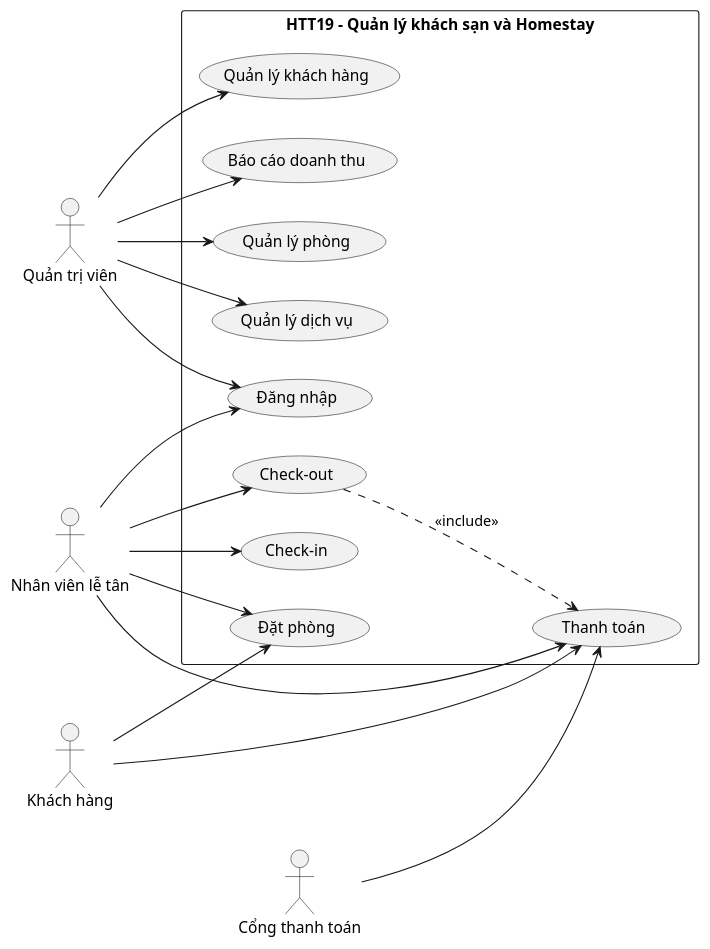
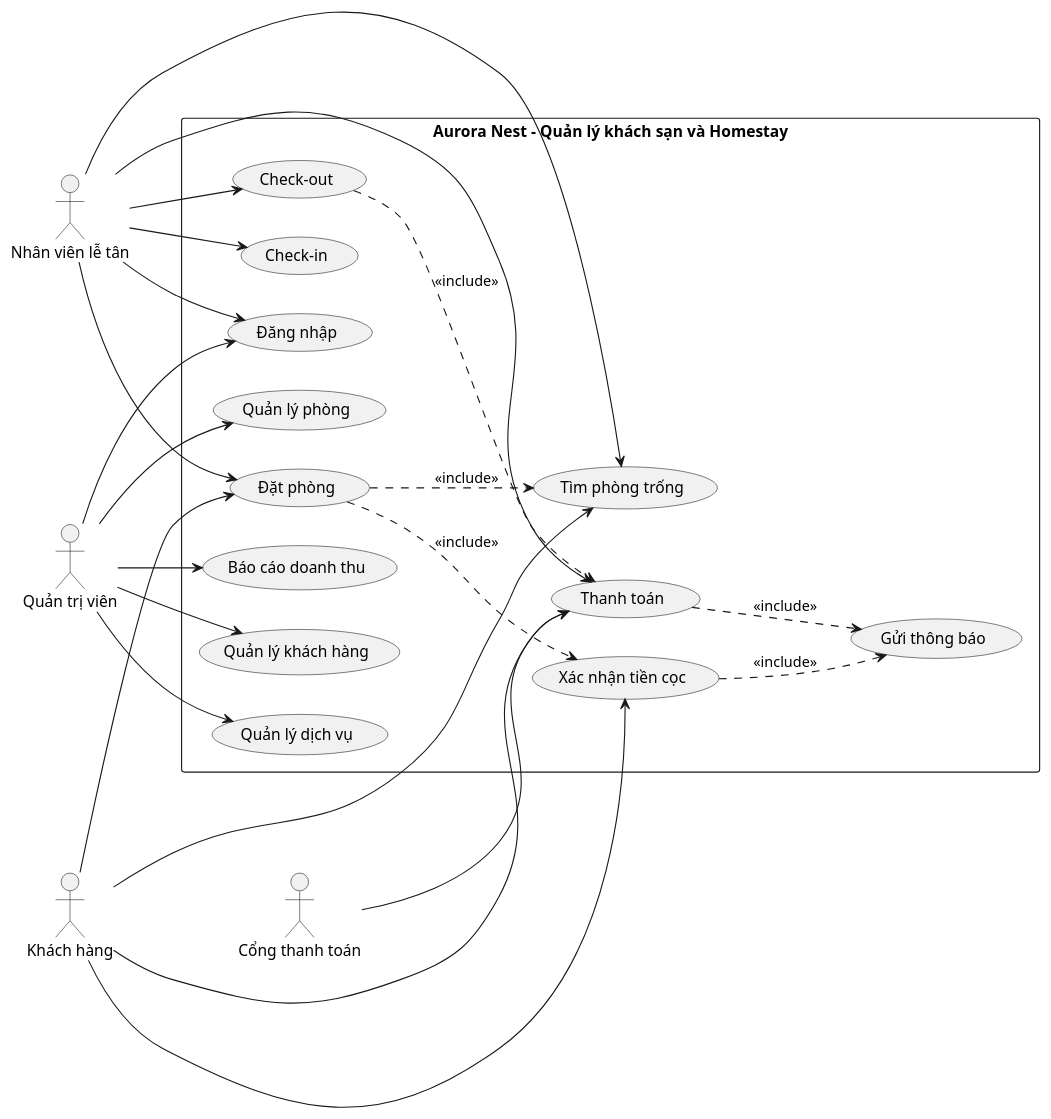
The diagram in aurora-nest/diagrams/use-case.puml (bQuyenCuteeee21/Aurora-Nest), drawn with PlantUML before and after one commit. The commit also changed other lines of this file and 5 other files, not shown here.

Commit message:
Complete Aurora Nest UML diagrams

```diff
--- a/aurora-nest/diagrams/use-case.puml
+++ b/aurora-nest/diagrams/use-case.puml
@@ -1,33 +1,44 @@
 @startuml
 left to right direction
 skinparam packageStyle rectangle
+skinparam shadowing false
 actor "Quản trị viên" as Admin
 actor "Nhân viên lễ tân" as Receptionist
 actor "Khách hàng" as Customer
 actor "Cổng thanh toán" as Gateway
-rectangle "HTT19 - Quản lý khách sạn và Homestay" {
- usecase "Đăng nhập" as Login
- usecase "Quản lý phòng" as Rooms
- usecase "Quản lý khách hàng" as Guests
- usecase "Đặt phòng" as Booking
- usecase "Check-in" as CheckIn
- usecase "Check-out" as CheckOut
- usecase "Quản lý dịch vụ" as Services
- usecase "Thanh toán" as Payment
- usecase "Báo cáo doanh thu" as Reports
+rectangle "Aurora Nest - Quản lý khách sạn và Homestay" {
+  usecase "Đăng nhập" as Login
+  usecase "Quản lý phòng" as Rooms
+  usecase "Quản lý khách hàng" as Guests
+  usecase "Tìm phòng trống" as Search
+  usecase "Đặt phòng" as Booking
+  usecase "Xác nhận tiền cọc" as Deposit
+  usecase "Check-in" as CheckIn
+  usecase "Check-out" as CheckOut
+  usecase "Quản lý dịch vụ" as Services
+  usecase "Thanh toán" as Payment
+  usecase "Báo cáo doanh thu" as Reports
+  usecase "Gửi thông báo" as Notify
 }
 Admin --> Login
 Admin --> Rooms
 Admin --> Guests
 Admin --> Services
 Admin --> Reports
 Receptionist --> Login
+Receptionist --> Search
 Receptionist --> Booking
 Receptionist --> CheckIn
 Receptionist --> CheckOut
 Receptionist --> Payment
+Customer --> Search
 Customer --> Booking
+Customer --> Deposit
 Customer --> Payment
 Gateway --> Payment
+Booking ..> Search : <<include>>
+Booking ..> Deposit : <<include>>
+Deposit ..> Notify : <<include>>
 CheckOut ..> Payment : <<include>>
+Payment ..> Notify : <<include>>
 @enduml
```
